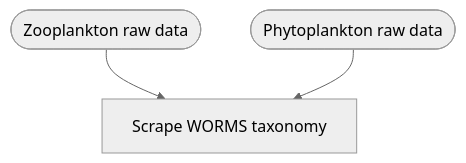
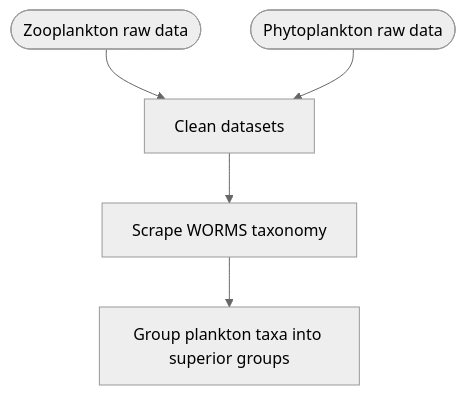
One commit to lucienbastin/Gravelines_plankton_resilience_paper changed the diagram in flowchart.md. Above: the diagram before and after it, drawn with Mermaid (neutral theme).

Commit message:
Update flowchart

````diff
--- a/flowchart.md
+++ b/flowchart.md
@@ -5,13 +5,21 @@
 ```mermaid
 flowchart TD
   zooplankton-raw-data([Zooplankton raw data])
   click zooplankton-raw-data "https://gitlab.com/lucien_bastin/Gravelines_plankton_resilience_paper/-/blob/master/Data/Raw/DOME_ZP_IGA_GRAVELINES_Ready_version_2024.csv"
 
   phytoplankton-raw-data([Phytoplankton raw data])
   click phytoplankton-raw-data "https://gitlab.com/lucien_bastin/Gravelines_plankton_resilience_paper/-/blob/master/Data/Raw/DOME_PP_IGA_GRAVELINES_Ready_version_2024.csv"
 
+  clean-datasets[Clean datasets]
+  click clean-datasets "https://gitlab.com/lucien_bastin/Gravelines_plankton_resilience_paper/-/blob/master/Output/Notebooks/01_clean_data.md"
+
   scrape-worms-taxo[Scrape WORMS taxonomy]
-  click scrape-worms-taxo "https://gitlab.com/lucien_bastin/Gravelines_plankton_resilience_paper/-/blob/master/Output/Notebooks/scrape_WORMS_taxonomy.md"
+  click scrape-worms-taxo "https://gitlab.com/lucien_bastin/Gravelines_plankton_resilience_paper/-/blob/master/Output/Notebooks/02_scrape_WORMS_taxonomy.md"
 
-  zooplankton-raw-data & phytoplankton-raw-data --> scrape-worms-taxo
+  group-plankton-taxa[Group plankton taxa into superior groups]
+  click group-plankton-taxa "https://gitlab.com/lucien_bastin/Gravelines_plankton_resilience_paper/-/blob/master/Output/Notebooks/03_taxonomic_grouping.md"
+
+  zooplankton-raw-data & phytoplankton-raw-data --> clean-datasets
+  clean-datasets --> scrape-worms-taxo
+  scrape-worms-taxo --> group-plankton-taxa
 ```
````
